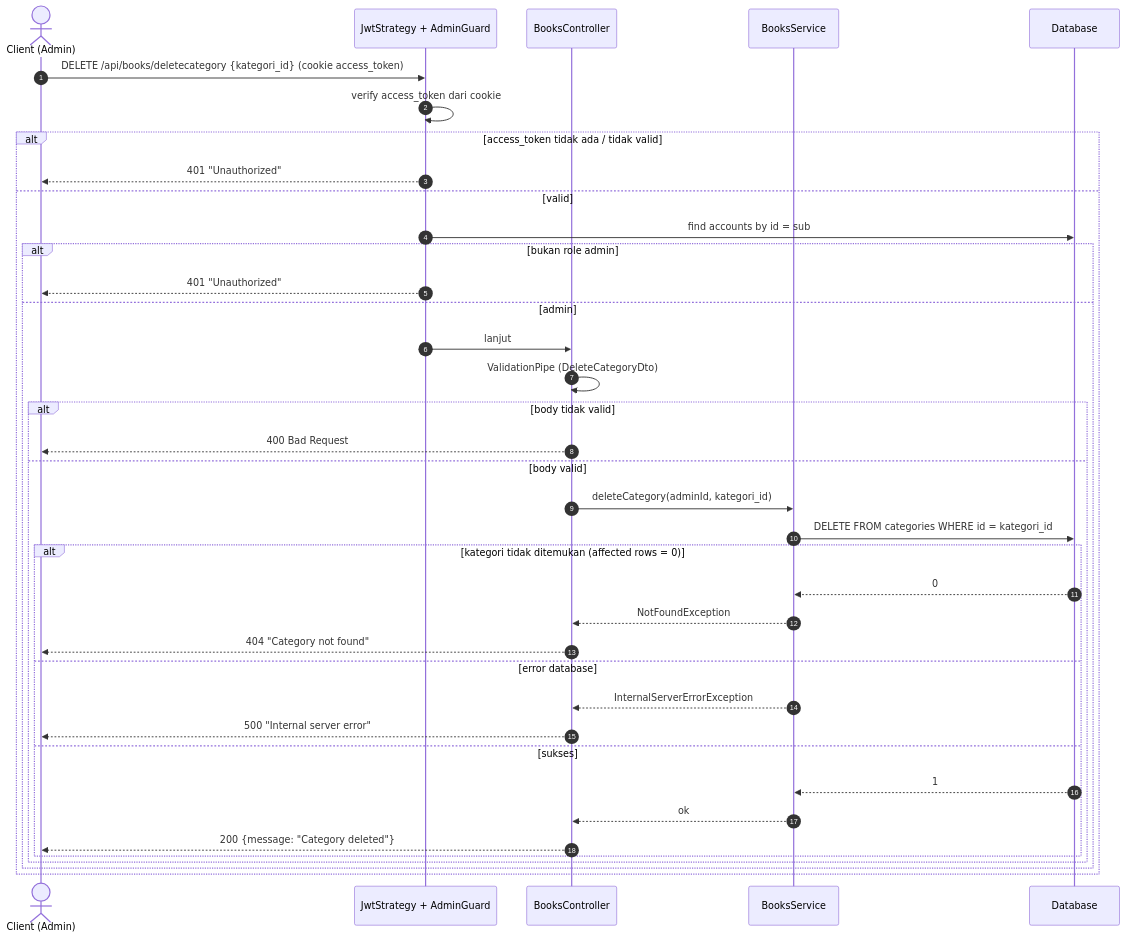
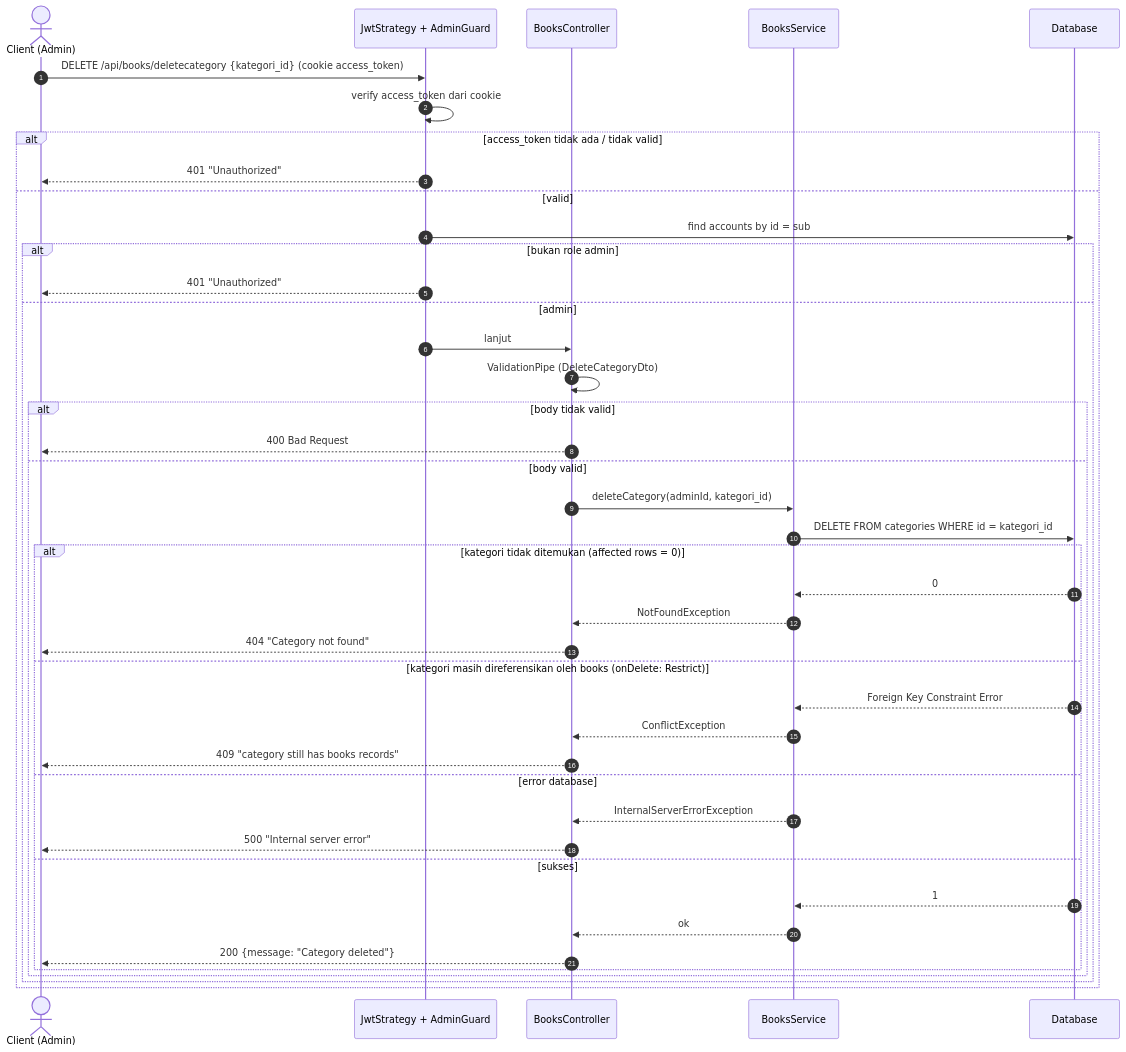
One commit to dimstyle/ruang-baca changed the diagram in docs/uml/src/diagrams/list-diagrams/sequence-deletecategory.mmd. Above: the diagram before and after it, drawn with Mermaid. The commit also changed 3 other files, not shown here.

Commit message:
feat(books): return 409 ConflictException when deleting category with related books

```diff
--- a/docs/uml/src/diagrams/list-diagrams/sequence-deletecategory.mmd
+++ b/docs/uml/src/diagrams/list-diagrams/sequence-deletecategory.mmd
@@ -1,39 +1,43 @@
 sequenceDiagram
     autonumber
     actor C as Client (Admin)
     participant G as JwtStrategy + AdminGuard
     participant BC as BooksController
     participant BS as BooksService
     participant DB as Database
 
     C->>G: DELETE /api/books/deletecategory {kategori_id} (cookie access_token)
     G->>G: verify access_token dari cookie
     alt access_token tidak ada / tidak valid
         G-->>C: 401 "Unauthorized"
     else valid
         G->>DB: find accounts by id = sub
         alt bukan role admin
             G-->>C: 401 "Unauthorized"
         else admin
             G->>BC: lanjut
             BC->>BC: ValidationPipe (DeleteCategoryDto)
             alt body tidak valid
                 BC-->>C: 400 Bad Request
             else body valid
                 BC->>BS: deleteCategory(adminId, kategori_id)
                 BS->>DB: DELETE FROM categories WHERE id = kategori_id
                 alt kategori tidak ditemukan (affected rows = 0)
                     DB-->>BS: 0
                     BS-->>BC: NotFoundException
                     BC-->>C: 404 "Category not found"
+                else kategori masih direferensikan oleh books (onDelete: Restrict)
+                    DB-->>BS: Foreign Key Constraint Error
+                    BS-->>BC: ConflictException
+                    BC-->>C: 409 "category still has books records"
                 else error database
                     BS-->>BC: InternalServerErrorException
                     BC-->>C: 500 "Internal server error"
                 else sukses
                     DB-->>BS: 1
                     BS-->>BC: ok
                     BC-->>C: 200 {message: "Category deleted"}
                 end
             end
         end
     end
```
